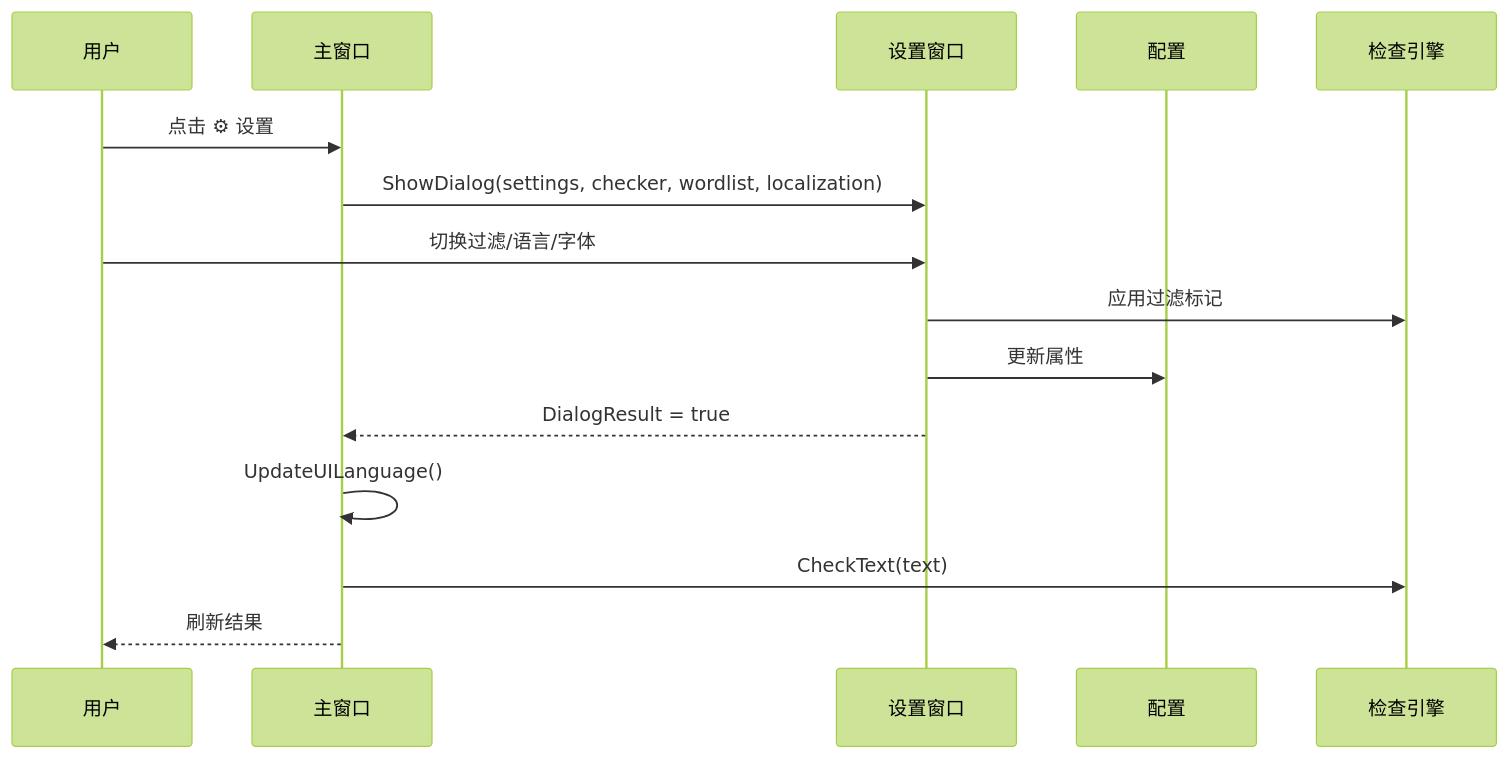
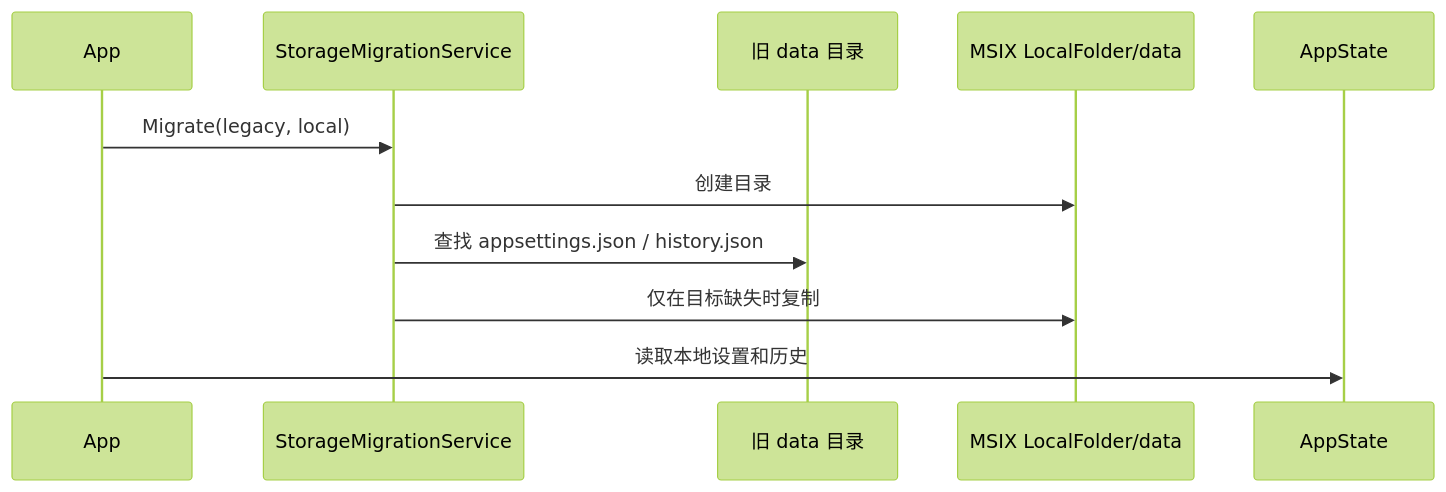
One commit to qingranawa/Cassiewordcheck changed the second of 2 diagrams in docs/project-knowledge/architecture.md. Above: the diagram before and after it, drawn with Mermaid (forest theme). The commit also changed other lines of this file and 107 other files, not shown here.

Commit message:
refactor(winui): migrate desktop app to WinUI 3 and MSIX

````diff
--- a/docs/project-knowledge/architecture.md
+++ b/docs/project-knowledge/architecture.md
@@ -79,18 +52,14 @@
 ```mermaid
 sequenceDiagram
-    participant User as 用户
-    participant MainWindow as 主窗口
-    participant SettingsWindow as 设置窗口
-    participant Settings as 配置
-    participant Checker as 检查引擎
+    participant App as App
+    participant Migration as StorageMigrationService
+    participant Legacy as 旧 data 目录
+    participant Local as MSIX LocalFolder/data
+    participant State as AppState
 
-    User->>MainWindow: 点击 ⚙ 设置
-    MainWindow->>SettingsWindow: ShowDialog(settings, checker, wordlist, localization)
-    User->>SettingsWindow: 切换过滤/语言/字体
-    SettingsWindow->>Checker: 应用过滤标记
-    SettingsWindow->>Settings: 更新属性
-    SettingsWindow-->>MainWindow: DialogResult = true
-    MainWindow->>MainWindow: UpdateUILanguage()
-    MainWindow->>Checker: CheckText(text)
-    MainWindow-->>User: 刷新结果
+    App->>Migration: Migrate(legacy, local)
+    Migration->>Local: 创建目录
+    Migration->>Legacy: 查找 appsettings.json / history.json
+    Migration->>Local: 仅在目标缺失时复制
+    App->>State: 读取本地设置和历史
 ```
````
